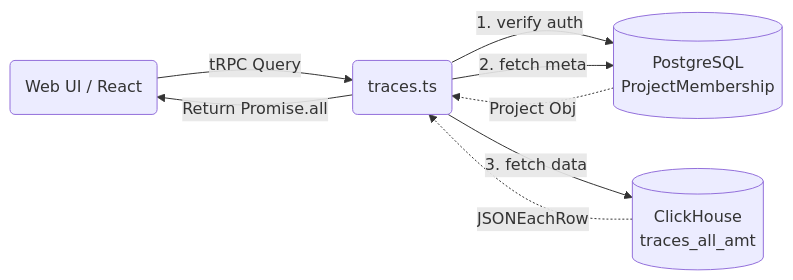
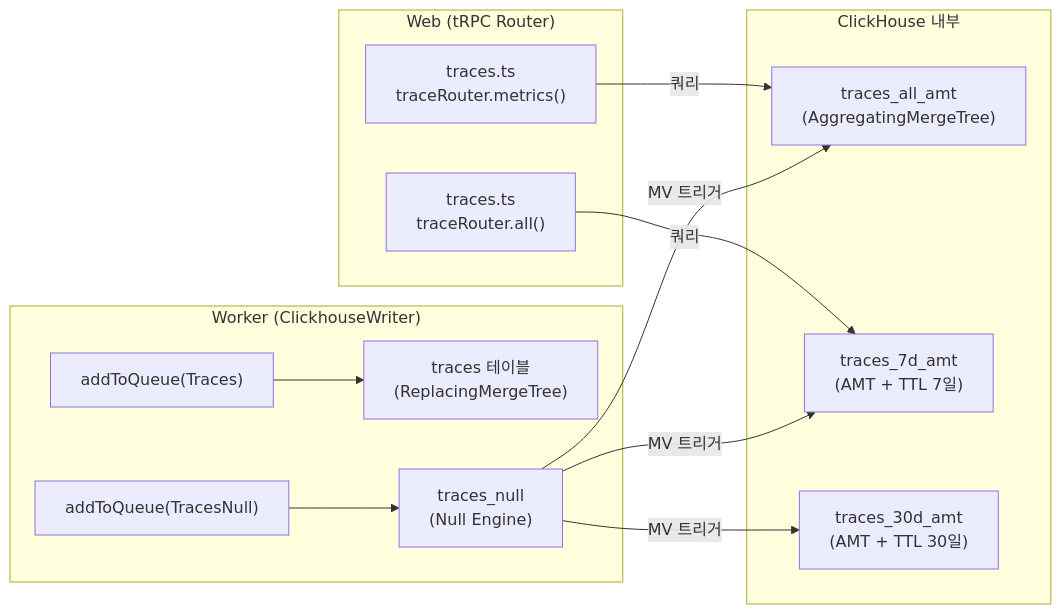
The first of 5 diagrams in docs/50-source-analysis/12-query-source-breakdown.md (dhs-shine/langfuse), drawn with Mermaid before and after one commit. The commit also changed other lines of this file and 8 other files, not shown here.

Commit message:
docs: update and standardize documentation structure across architecture deep dives and source analysis sections

````diff
--- a/docs/50-source-analysis/12-query-source-breakdown.md
+++ b/docs/50-source-analysis/12-query-source-breakdown.md
@@ -35,13 +14,18 @@
 ```mermaid
 flowchart LR
-    %% API Flow
-    Frontend(Web UI / React) -->|tRPC Query| Router(traces.ts)
-    
-    Router -->|1. verify auth| Prisma[(PostgreSQL<br/>ProjectMembership)]
-    Router -->|2. fetch meta| Prisma
-    Router -->|3. fetch data| ClickHouse[(ClickHouse<br/>traces_all_amt)]
-    
-    ClickHouse -.->|JSONEachRow| Router
-    Prisma -.->|Project Obj| Router
-    Router -->|Return Promise.all| Frontend
+    subgraph Worker["Worker (ClickhouseWriter)"]
+        CW["addToQueue(Traces)"] --> TT["traces 테이블<br/>(ReplacingMergeTree)"]
+        CW2["addToQueue(TracesNull)"] --> TN["traces_null<br/>(Null Engine)"]
+    end
+
+    subgraph ClickHouse["ClickHouse 내부"]
+        TN -->|MV 트리거| AMT_ALL["traces_all_amt<br/>(AggregatingMergeTree)"]
+        TN -->|MV 트리거| AMT_7D["traces_7d_amt<br/>(AMT + TTL 7일)"]
+        TN -->|MV 트리거| AMT_30D["traces_30d_amt<br/>(AMT + TTL 30일)"]
+    end
+
+    subgraph Web["Web (tRPC Router)"]
+        Router["traces.ts<br/>traceRouter.all()"] -->|쿼리| AMT_7D
+        Router2["traces.ts<br/>traceRouter.metrics()"] -->|쿼리| AMT_ALL
+    end
 ```
````
